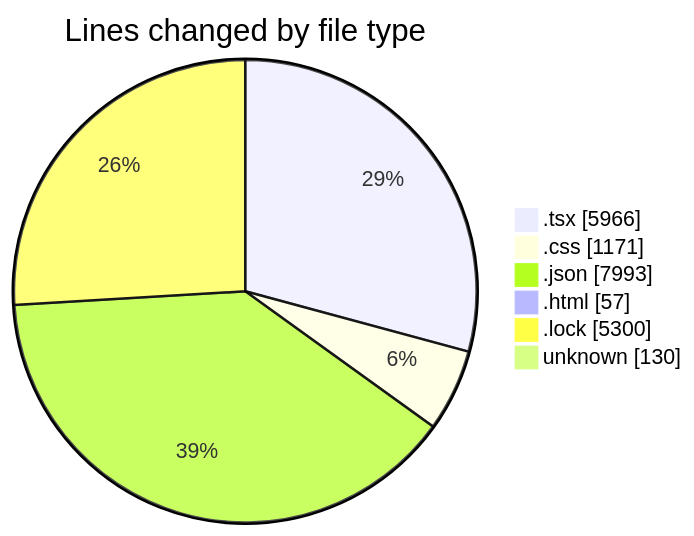
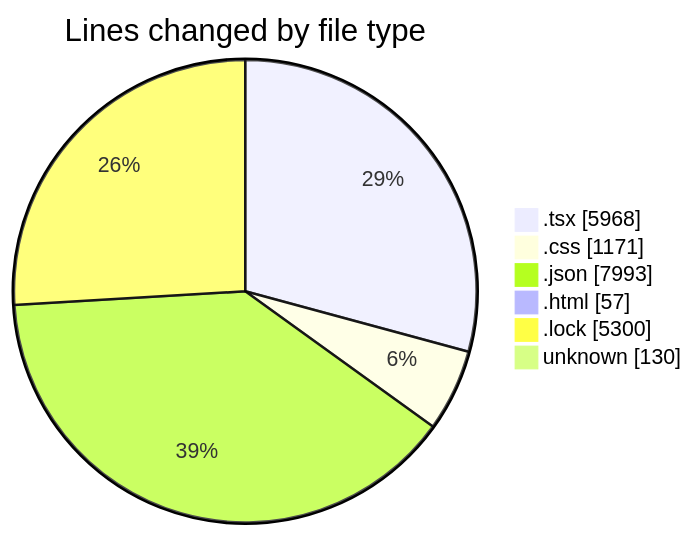
The first of 2 diagrams in 2025-08-12/ribbon/README.md (EIIisD/code-tracking), drawn with Mermaid before and after one commit. The commit also changed other lines of this file and 1 other file, not shown here.

````diff
--- a/2025-08-12/ribbon/README.md
+++ b/2025-08-12/ribbon/README.md
@@ -45,10 +45,10 @@
 ```mermaid
 pie showData
 title Lines changed by file type
-".tsx" : 5966
+".tsx" : 5968
 ".css" : 1171
 ".json" : 7993
 ".html" : 57
 ".lock" : 5300
 "unknown" : 130
 ```
````
